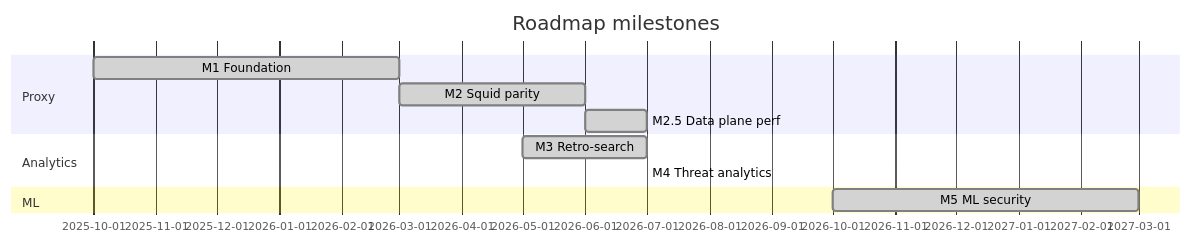
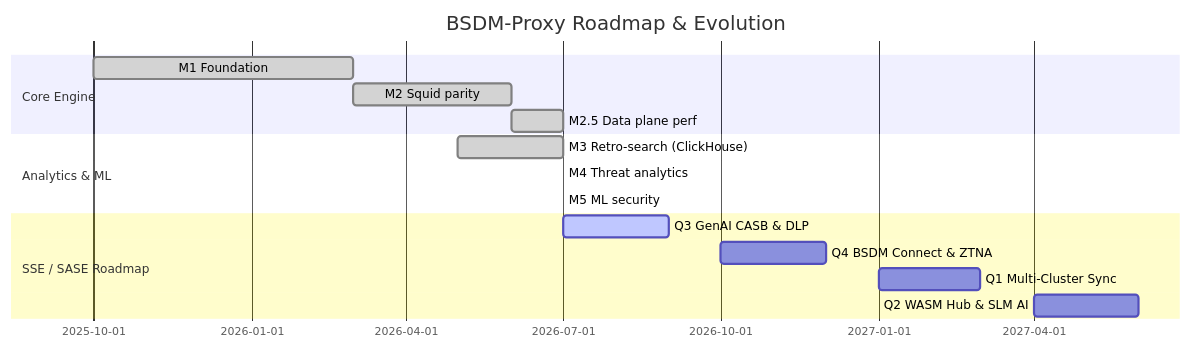
One commit to onixus/bsdm-proxy changed the diagram in docs/roadmap.md. Above: the diagram before and after it, drawn with Mermaid. The commit also changed other lines of this file and 13 other files, not shown here.

Commit message:
docs: consolidate roadmap, backlog, and SSE/SASE work plan into docs/roadmap.md

````diff
--- a/docs/roadmap.md
+++ b/docs/roadmap.md
@@ -30,14 +19,18 @@
 ```mermaid
 gantt
-  title Roadmap milestones
+  title BSDM-Proxy Roadmap & Evolution
   dateFormat YYYY-MM
-  section Proxy
+  section Core Engine
   M1 Foundation           :done, m1, 2025-10, 2026-03
   M2 Squid parity         :done, m2, 2026-03, 2026-06
   M2.5 Data plane perf    :done, m25, 2026-06, 2026-07
-  section Analytics
-  M3 Retro-search         :done, m3, 2026-05, 2026-07
+  section Analytics & ML
+  M3 Retro-search (ClickHouse) :done, m3, 2026-05, 2026-07
   M4 Threat analytics     :done, m4, 2026-07, 2026-07
-  section ML
-  M5 ML security          :done, m5, 2026-10, 2027-03
+  M5 ML security          :done, m5, 2026-07, 2026-07
+  section SSE / SASE Roadmap
+  Q3 GenAI CASB & DLP     :active, q3, 2026-07, 2026-09
+  Q4 BSDM Connect & ZTNA  :q4, 2026-10, 2026-12
+  Q1 Multi-Cluster Sync   :q1, 2027-01, 2027-03
+  Q2 WASM Hub & SLM AI    :q2, 2027-04, 2027-06
 ```
````
